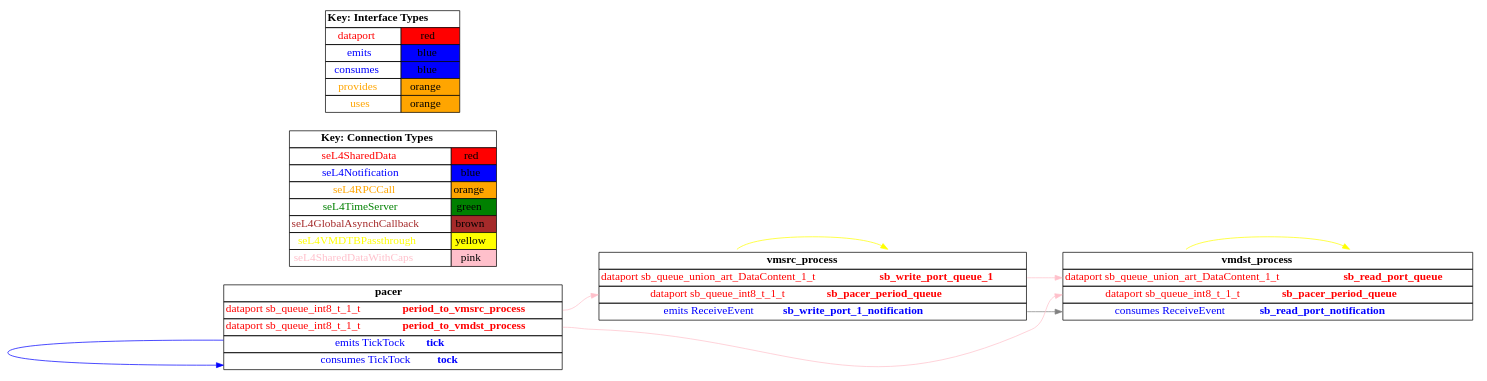
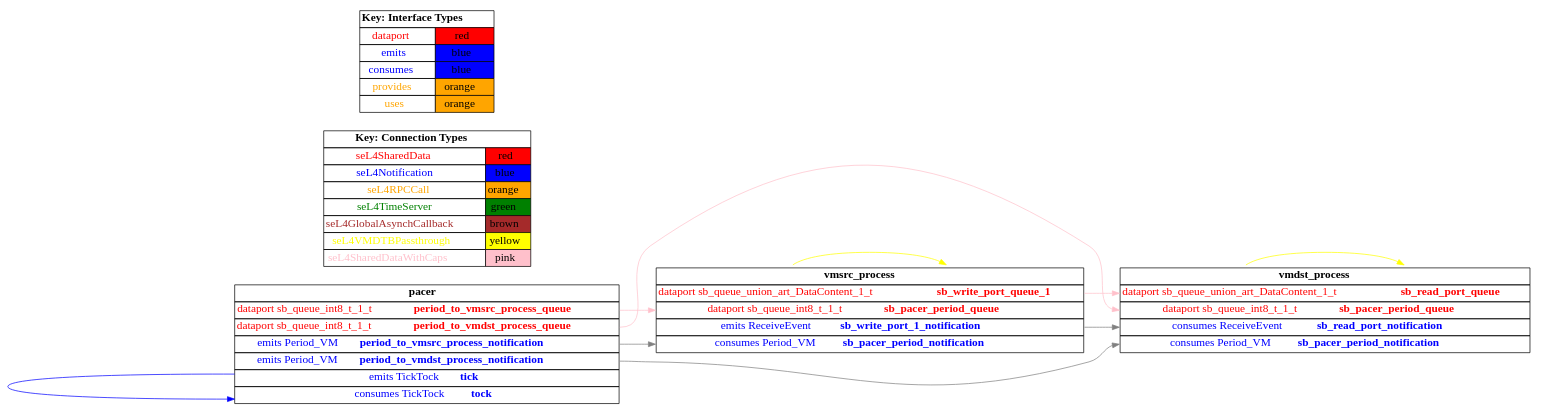
Before and after one commit to loonwerks/CASE: the diagram in TA5/tool-evaluation-4/HAMR/examples/test_event_data_port_periodic_domains_VM/both_vm/CAmkES_seL4/src/c/CAmkES_seL4/graph.dot, drawn with Graphviz. The commit also changed 91 other files, not shown here.

Commit message:
added glue code for event data vm micro-examples

```diff
--- a/TA5/tool-evaluation-4/HAMR/examples/test_event_data_port_periodic_domains_VM/both_vm/CAmkES_seL4/src/c/CAmkES_seL4/graph.dot
+++ b/TA5/tool-evaluation-4/HAMR/examples/test_event_data_port_periodic_domains_VM/both_vm/CAmkES_seL4/src/c/CAmkES_seL4/graph.dot
@@ -1,122 +1,138 @@
 digraph g {
 graph [
   overlap = false,
   rankdir = "LR"
 ];
 node [
   fontsize = "16",
   shape = "ellipse"
 ];
 edge [
 ];
 
 vmsrc_process [
   label=<
     <TABLE BORDER="0" CELLBORDER="1" CELLSPACING="0">
       <TR><TD><B>vmsrc_process</B></TD></TR>
       <TR><TD PORT="sb_write_port_queue_1"><FONT COLOR="red">dataport sb_queue_union_art_DataContent_1_t <B>sb_write_port_queue_1</B></FONT></TD></TR>
       <TR><TD PORT="sb_pacer_period_queue"><FONT COLOR="red">dataport sb_queue_int8_t_1_t <B>sb_pacer_period_queue</B></FONT></TD></TR>
-      <TR><TD PORT="sb_write_port_1_notification"><FONT COLOR="blue">emits ReceiveEvent <B>sb_write_port_1_notification</B></FONT></TD></TR>"
+      <TR><TD PORT="sb_write_port_1_notification"><FONT COLOR="blue">emits ReceiveEvent <B>sb_write_port_1_notification</B></FONT></TD></TR>
+      <TR><TD PORT="sb_pacer_period_notification"><FONT COLOR="blue">consumes Period_VM <B>sb_pacer_period_notification</B></FONT></TD></TR>"
     </TABLE>
   >
   shape=plaintext
 ];
 
 vmdst_process [
   label=<
     <TABLE BORDER="0" CELLBORDER="1" CELLSPACING="0">
       <TR><TD><B>vmdst_process</B></TD></TR>
       <TR><TD PORT="sb_read_port_queue"><FONT COLOR="red">dataport sb_queue_union_art_DataContent_1_t <B>sb_read_port_queue</B></FONT></TD></TR>
       <TR><TD PORT="sb_pacer_period_queue"><FONT COLOR="red">dataport sb_queue_int8_t_1_t <B>sb_pacer_period_queue</B></FONT></TD></TR>
-      <TR><TD PORT="sb_read_port_notification"><FONT COLOR="blue">consumes ReceiveEvent <B>sb_read_port_notification</B></FONT></TD></TR>"
+      <TR><TD PORT="sb_read_port_notification"><FONT COLOR="blue">consumes ReceiveEvent <B>sb_read_port_notification</B></FONT></TD></TR>
+      <TR><TD PORT="sb_pacer_period_notification"><FONT COLOR="blue">consumes Period_VM <B>sb_pacer_period_notification</B></FONT></TD></TR>"
     </TABLE>
   >
   shape=plaintext
 ];
 
 pacer [
   label=<
     <TABLE BORDER="0" CELLBORDER="1" CELLSPACING="0">
       <TR><TD><B>pacer</B></TD></TR>
-      <TR><TD PORT="period_to_vmsrc_process"><FONT COLOR="red">dataport sb_queue_int8_t_1_t <B>period_to_vmsrc_process</B></FONT></TD></TR>
-      <TR><TD PORT="period_to_vmdst_process"><FONT COLOR="red">dataport sb_queue_int8_t_1_t <B>period_to_vmdst_process</B></FONT></TD></TR>
+      <TR><TD PORT="period_to_vmsrc_process_queue"><FONT COLOR="red">dataport sb_queue_int8_t_1_t <B>period_to_vmsrc_process_queue</B></FONT></TD></TR>
+      <TR><TD PORT="period_to_vmdst_process_queue"><FONT COLOR="red">dataport sb_queue_int8_t_1_t <B>period_to_vmdst_process_queue</B></FONT></TD></TR>
+      <TR><TD PORT="period_to_vmsrc_process_notification"><FONT COLOR="blue">emits Period_VM <B>period_to_vmsrc_process_notification</B></FONT></TD></TR>
+      <TR><TD PORT="period_to_vmdst_process_notification"><FONT COLOR="blue">emits Period_VM <B>period_to_vmdst_process_notification</B></FONT></TD></TR>
       <TR><TD PORT="tick"><FONT COLOR="blue">emits TickTock <B>tick</B></FONT></TD></TR>
       <TR><TD PORT="tock"><FONT COLOR="blue">consumes TickTock <B>tock</B></FONT></TD></TR>"
     </TABLE>
   >
   shape=plaintext
 ];
 
 connectiontypekey [
   label=<
    <TABLE BORDER="0" CELLBORDER="1" CELLSPACING="0">
      <TR><TD COLSPAN="2"><B>Key: Connection Types</B></TD></TR>
      <TR><TD><FONT COLOR="red">seL4SharedData</FONT></TD><TD BGCOLOR="red">red</TD></TR>
      <TR><TD><FONT COLOR="blue">seL4Notification</FONT></TD><TD BGCOLOR="blue">blue</TD></TR>
      <TR><TD><FONT COLOR="orange">seL4RPCCall</FONT></TD><TD BGCOLOR="orange">orange</TD></TR>
      <TR><TD><FONT COLOR="green">seL4TimeServer</FONT></TD><TD BGCOLOR="green">green</TD></TR>
      <TR><TD><FONT COLOR="brown">seL4GlobalAsynchCallback</FONT></TD><TD BGCOLOR="brown">brown</TD></TR>
      <TR><TD><FONT COLOR="yellow">seL4VMDTBPassthrough</FONT></TD><TD BGCOLOR="yellow">yellow</TD></TR>
      <TR><TD><FONT COLOR="pink">seL4SharedDataWithCaps</FONT></TD><TD BGCOLOR="pink">pink</TD></TR>
    </TABLE>
   >
   shape=plaintext
 ];
 
 interfacetypekey [
   label=<
    <TABLE BORDER="0" CELLBORDER="1" CELLSPACING="0">
      <TR><TD COLSPAN="2"><B>Key: Interface Types</B></TD></TR>
      <TR><TD><FONT COLOR="red">dataport</FONT></TD><TD BGCOLOR="red">red</TD></TR>
      <TR><TD><FONT COLOR="blue">emits</FONT></TD><TD BGCOLOR="blue">blue</TD></TR>
      <TR><TD><FONT COLOR="blue">consumes</FONT></TD><TD BGCOLOR="blue">blue</TD></TR>
      <TR><TD><FONT COLOR="orange">provides</FONT></TD><TD BGCOLOR="orange">orange</TD></TR>
      <TR><TD><FONT COLOR="orange">uses</FONT></TD><TD BGCOLOR="orange">orange</TD></TR>
    </TABLE>
   >
   shape=plaintext
 ];
 
 "vmsrc_process":dtb_self -> "vmsrc_process":dtb [
   color="yellow"
   //label = "seL4VMDTBPassthrough"
   id = conn1
 ];
 
 "vmdst_process":dtb_self -> "vmdst_process":dtb [
   color="yellow"
   //label = "seL4VMDTBPassthrough"
   id = conn2
 ];
 
 "vmsrc_process":sb_write_port_1_notification -> "vmdst_process":sb_read_port_notification [
   color="grey"
   //label = "seL4GlobalAsynch"
   id = conn3
 ];
 
 "vmsrc_process":sb_write_port_queue_1 -> "vmdst_process":sb_read_port_queue [
   color="pink"
   //label = "seL4SharedDataWithCaps"
   id = conn4
 ];
 
 "pacer":tick -> "pacer":tock [
   color="blue"
   //label = "seL4Notification"
   id = conn5
 ];
 
-"pacer":period_to_vmsrc_process -> "vmsrc_process":sb_pacer_period_queue [
-  color="pink"
-  //label = "seL4SharedDataWithCaps"
+"pacer":period_to_vmsrc_process_notification -> "vmsrc_process":sb_pacer_period_notification [
+  color="grey"
+  //label = "seL4GlobalAsynch"
   id = conn6
 ];
 
-"pacer":period_to_vmdst_process -> "vmdst_process":sb_pacer_period_queue [
+"pacer":period_to_vmsrc_process_queue -> "vmsrc_process":sb_pacer_period_queue [
   color="pink"
   //label = "seL4SharedDataWithCaps"
   id = conn7
 ];
 
+"pacer":period_to_vmdst_process_notification -> "vmdst_process":sb_pacer_period_notification [
+  color="grey"
+  //label = "seL4GlobalAsynch"
+  id = conn8
+];
+
+"pacer":period_to_vmdst_process_queue -> "vmdst_process":sb_pacer_period_queue [
+  color="pink"
+  //label = "seL4SharedDataWithCaps"
+  id = conn9
+];
+
 }
```
